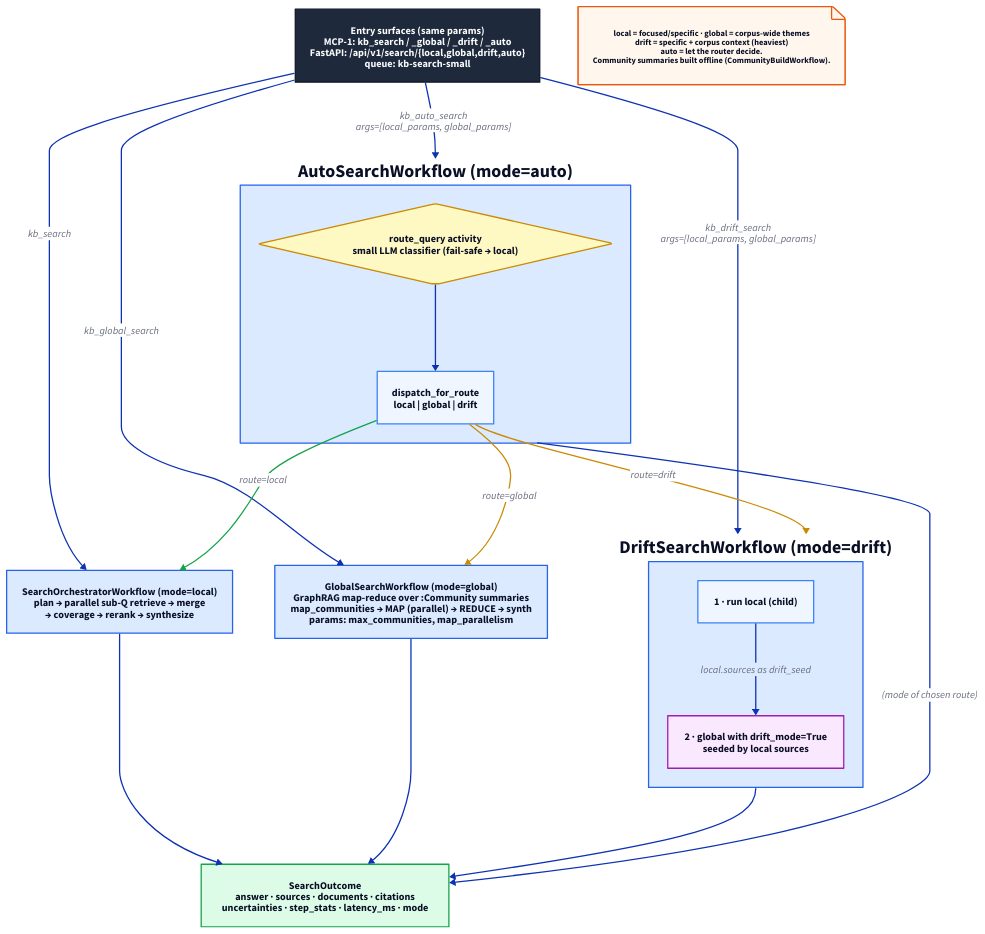
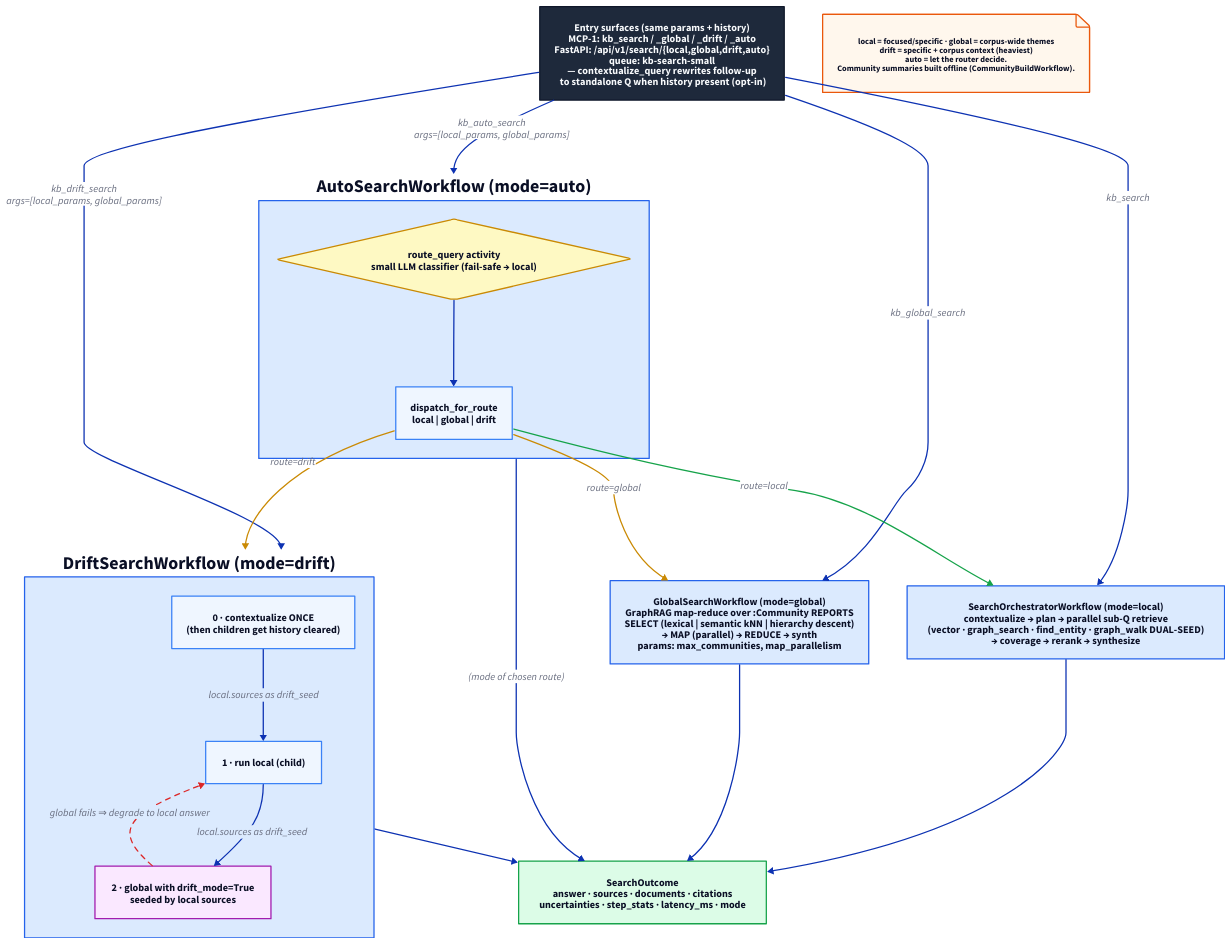
The diagram in docs/diagrams/search_modes.d2 (a-tsitanov/agent_v2), drawn with D2 before and after one commit. The commit also changed 7 other files, not shown here.

First line of the commit message:
docs: ingest + search flow docs (Mermaid + D2) + full feature reference

```diff
--- a/docs/diagrams/search_modes.d2
+++ b/docs/diagrams/search_modes.d2
@@ -1,49 +1,51 @@
 # Search modes — local / global / drift / auto
 direction: down
 
 classes: {
   entry: { style: { fill: "#1e293b"; font-color: "#f8fafc"; stroke: "#0f172a"; bold: true } }
   wf:    { style: { fill: "#dbeafe"; stroke: "#2563eb"; bold: true } }
   step:  { style: { fill: "#eff6ff"; stroke: "#3b82f6" } }
   large: { style: { fill: "#fae8ff"; stroke: "#a21caf" } }
   dec:   { shape: diamond; style: { fill: "#fef9c3"; stroke: "#ca8a04" } }
   out:   { style: { fill: "#dcfce7"; stroke: "#16a34a"; bold: true } }
   note:  { shape: page; style: { fill: "#fff7ed"; stroke: "#ea580c"; font-size: 13 } }
 }
 
-surface: "Entry surfaces (same params)\nMCP-1: kb_search / _global / _drift / _auto\nFastAPI: /api/v1/search/{local,global,drift,auto}\nqueue: kb-search-small" { class: entry }
+surface: "Entry surfaces (same params + history)\nMCP-1: kb_search / _global / _drift / _auto\nFastAPI: /api/v1/search/{local,global,drift,auto}\nqueue: kb-search-small\n— contextualize_query rewrites follow-up\n  to standalone Q when history present (opt-in)" { class: entry }
 
-local: "SearchOrchestratorWorkflow  (mode=local)\nplan → parallel sub-Q retrieve → merge\n→ coverage → rerank → synthesize" { class: wf }
+local: "SearchOrchestratorWorkflow  (mode=local)\ncontextualize → plan → parallel sub-Q retrieve\n(vector · graph_search · find_entity · graph_walk DUAL-SEED)\n→ coverage → rerank → synthesize" { class: wf }
 
-global: "GlobalSearchWorkflow  (mode=global)\nGraphRAG map-reduce over :Community summaries\nmap_communities → MAP (parallel) → REDUCE → synth\nparams: max_communities, map_parallelism" { class: wf }
+global: "GlobalSearchWorkflow  (mode=global)\nGraphRAG map-reduce over :Community REPORTS\nSELECT (lexical | semantic kNN | hierarchy descent)\n→ MAP (parallel) → REDUCE → synth\nparams: max_communities, map_parallelism" { class: wf }
 
 drift: "DriftSearchWorkflow  (mode=drift)" {
   class: wf
+  d0: "0 · contextualize ONCE\n(then children get history cleared)" { class: step }
   d1: "1 · run local (child)" { class: step }
   d2: "2 · global with drift_mode=True\nseeded by local sources" { class: large }
-  d1 -> d2: "local.sources as drift_seed"
+  d0 -> d1 -> d2: "local.sources as drift_seed"
+  d2 -> d1: "global fails ⇒ degrade to local answer" { style.stroke: "#dc2626"; style.stroke-dash: 4 }
 }
 
 auto: "AutoSearchWorkflow  (mode=auto)" {
   class: wf
   route: "route_query activity\nsmall LLM classifier (fail-safe → local)" { class: dec }
   disp: "dispatch_for_route\nlocal | global | drift" { class: step }
   route -> disp
 }
 
 surface -> local: "kb_search"
 surface -> global: "kb_global_search"
 surface -> drift: "kb_drift_search\nargs=[local_params, global_params]"
 surface -> auto: "kb_auto_search\nargs=[local_params, global_params]"
 
 auto.disp -> local: "route=local" { style.stroke: "#16a34a" }
 auto.disp -> global: "route=global" { style.stroke: "#ca8a04" }
 auto.disp -> drift: "route=drift" { style.stroke: "#ca8a04" }
 
 outcome: "SearchOutcome\nanswer · sources · documents · citations\nuncertainties · step_stats · latency_ms · mode" { class: out }
 local -> outcome
 global -> outcome
 drift -> outcome
 auto -> outcome: "(mode of chosen route)"
 
 note: "local = focused/specific · global = corpus-wide themes\ndrift = specific + corpus context (heaviest)\nauto = let the router decide.\nCommunity summaries built offline (CommunityBuildWorkflow)." { class: note }
```
